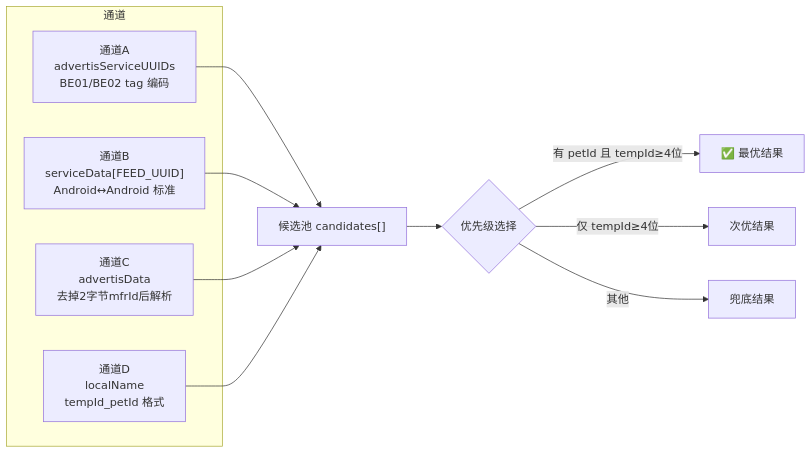
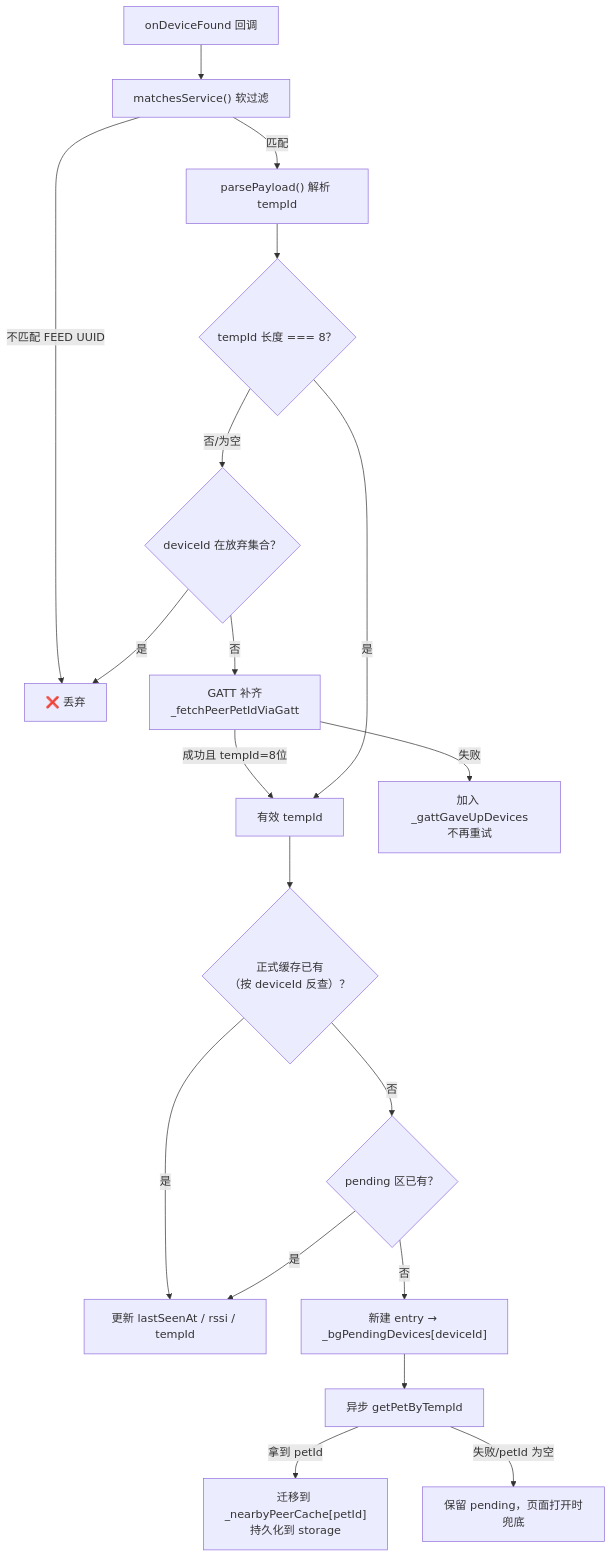
One commit to novlan1/notes changed the ninth of 14 diagrams in docs/2026下/蓝牙通信.md. Above: the diagram before and after it, drawn with Mermaid. The commit also changed other lines of this file and 2 other files, not shown here.

````diff
--- a/docs/2026下/蓝牙通信.md
+++ b/docs/2026下/蓝牙通信.md
@@ -396,14 +273,21 @@
 ```mermaid
-flowchart LR
-    subgraph 通道
-        A["通道A<br/>advertisServiceUUIDs<br/>BE01/BE02 tag 编码"]
-        B["通道B<br/>serviceData[FEED_UUID]<br/>Android↔Android 标准"]
-        C["通道C<br/>advertisData<br/>去掉2字节mfrId后解析"]
-        D["通道D<br/>localName<br/>tempId_petId 格式"]
-    end
-    A & B & C & D --> E["候选池 candidates[]"]
-    E --> F{"优先级选择"}
-    F -->|"有 petId 且 tempId≥4位"| G["✅ 最优结果"]
-    F -->|"仅 tempId≥4位"| H["次优结果"]
-    F -->|"其他"| I["兜底结果"]
+flowchart TD
+    A["onDeviceFound 回调"] --> B["matchesService() 软过滤"]
+    B -->|"不匹配 FEED UUID"| X["❌ 丢弃"]
+    B -->|"匹配"| C["parsePayload() 解析 tempId"]
+    C --> D{"tempId 长度 === 8？"}
+    D -->|"否/为空"| E{"deviceId 在放弃集合？"}
+    E -->|"是"| X
+    E -->|"否"| F["GATT 补齐<br/>_fetchPeerPetIdViaGatt"]
+    F -->|"成功且 tempId=8位"| G
+    F -->|"失败"| H["加入 _gattGaveUpDevices<br/>不再重试"]
+    D -->|"是"| G["有效 tempId"]
+    G --> I{"正式缓存已有<br/>（按 deviceId 反查）？"}
+    I -->|"是"| J["更新 lastSeenAt / rssi / tempId"]
+    I -->|"否"| K{"pending 区已有？"}
+    K -->|"是"| J
+    K -->|"否"| L["新建 entry → _bgPendingDevices[deviceId]"]
+    L --> M["异步 getPetByTempId"]
+    M -->|"拿到 petId"| N["迁移到 _nearbyPeerCache[petId]<br/>持久化到 storage"]
+    M -->|"失败/petId 为空"| O["保留 pending，页面打开时兜底"]
 ```
````
